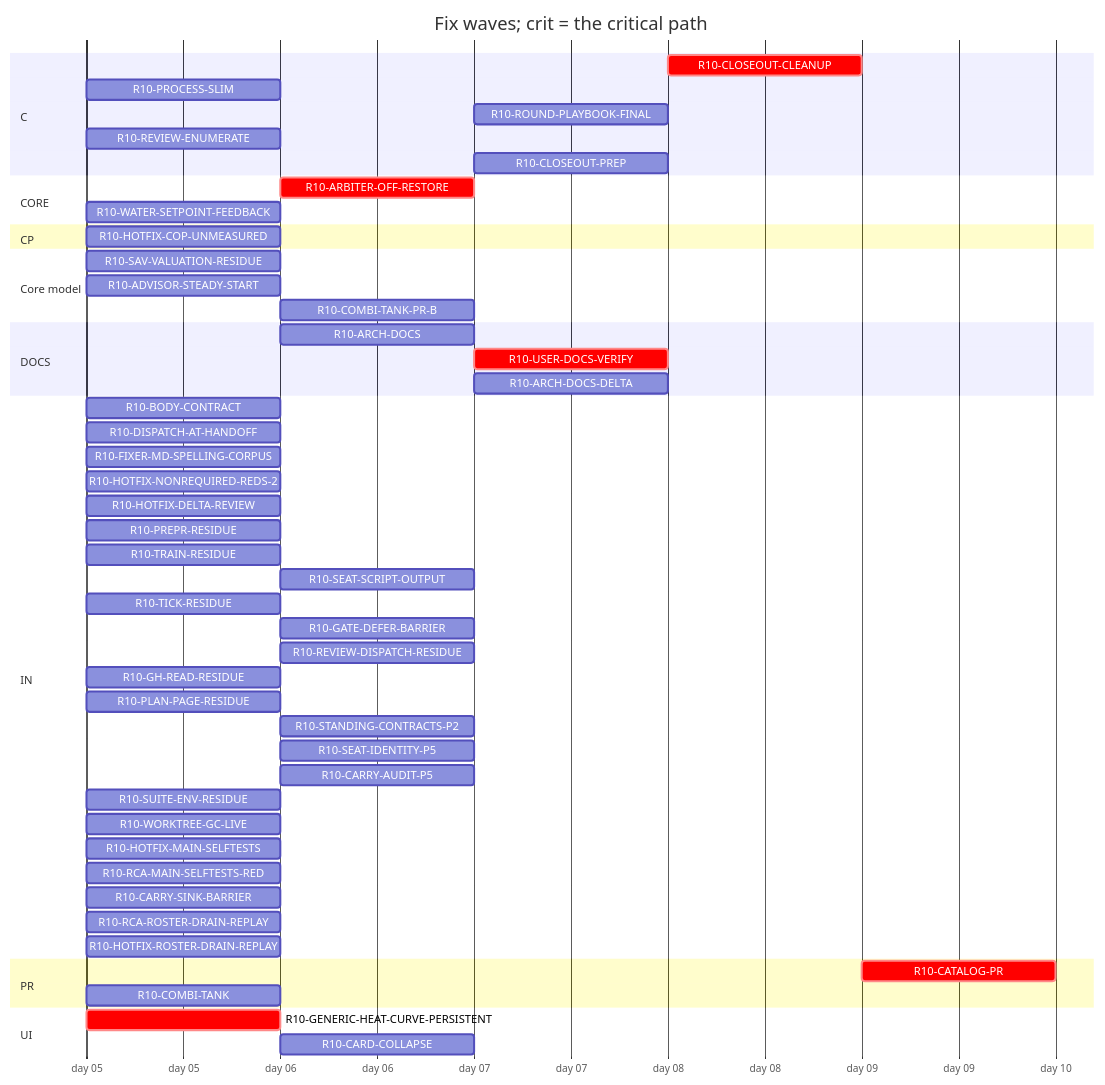
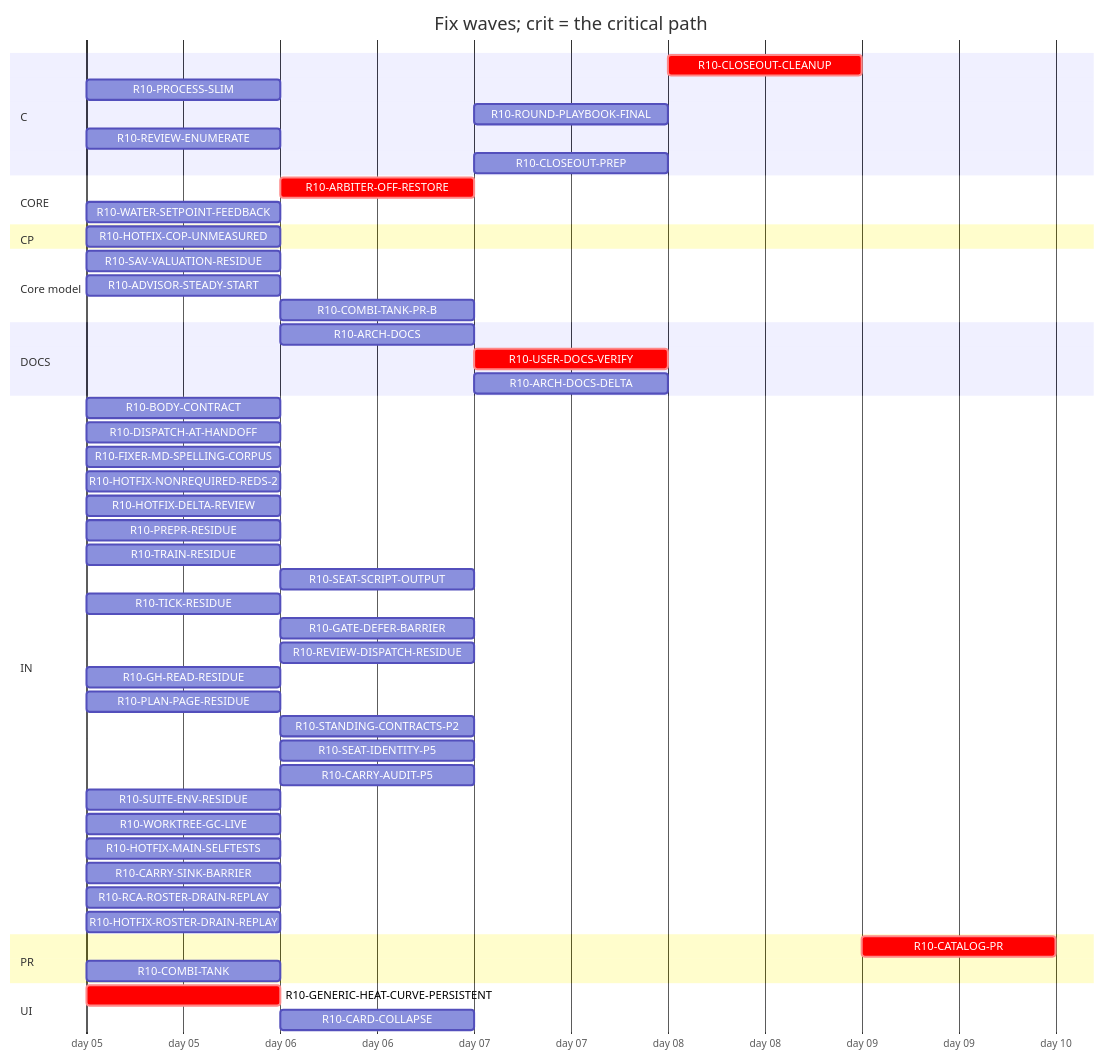
The diagram in handoff/round10/state/PLAN-TABLE.md (tvofi/heatpump_optimizer), drawn with Mermaid before and after one commit. The commit also changed other lines of this file and 3 other files, not shown here.

Commit message:
state: FLOW-BOARD.md, NEXT-SESSION-PROMPT.md, PLAN-TABLE.md, RESUME-CURRENT.md regenerated (state_docs.py)

````diff
--- a/handoff/round10/state/PLAN-TABLE.md
+++ b/handoff/round10/state/PLAN-TABLE.md
@@ -21,55 +21,54 @@
 ```mermaid
 gantt
   title Fix waves; crit = the critical path
   dateFormat YYYY-MM-DD
   axisFormat day %d
   section C
     R10-CLOSEOUT-CLEANUP :crit, r10CLOSEOUTCLEANUP, after r10ARCHDOCS r10USERDOCSVERIFY r10ROUNDPLAYBOOKFINAL r10CLOSEOUTPREP r10ARCHDOCSDELTA, 1d
     R10-PROCESS-SLIM :r10PROCESSSLIM, 2026-01-05, 1d
     R10-ROUND-PLAYBOOK-FINAL :r10ROUNDPLAYBOOKFINAL, after r10DISPATCHATHANDOFF r10BODYCONTRACT r10PROCESSSLIM r10FIXERMDSPELLINGCORPUS r10PREPRRESIDUE r10SEATSCRIPTOUTPUT r10REVIEWDISPATCHRESIDUE r10CARRYAUDITP5 r10TICKRESIDUE r10SEATIDENTITYP5 r10STANDINGCONTRACTSP2 r10PLANPAGERESIDUE r10TRAINRESIDUE r10GHREADRESIDUE r10SUITEENVRESIDUE r10GATEDEFERBARRIER r10WORKTREEGCLIVE, 1d
     R10-REVIEW-ENUMERATE :r10REVIEWENUMERATE, 2026-01-05, 1d
     R10-CLOSEOUT-PREP :r10CLOSEOUTPREP, after r10ARCHDOCS r10DISPATCHATHANDOFF r10BODYCONTRACT r10PROCESSSLIM r10FIXERMDSPELLINGCORPUS r10PREPRRESIDUE r10SEATSCRIPTOUTPUT r10REVIEWDISPATCHRESIDUE r10CARRYAUDITP5 r10TICKRESIDUE r10SEATIDENTITYP5 r10STANDINGCONTRACTSP2 r10PLANPAGERESIDUE r10TRAINRESIDUE r10GHREADRESIDUE r10SUITEENVRESIDUE r10GATEDEFERBARRIER r10WORKTREEGCLIVE, 1d
   section CORE
     R10-ARBITER-OFF-RESTORE :crit, r10ARBITEROFFRESTORE, after r10GENERICHEATCURVEPERSISTENT r10WATERSETPOINTFEEDBACK, 1d
     R10-WATER-SETPOINT-FEEDBACK :r10WATERSETPOINTFEEDBACK, 2026-01-05, 1d
   section CP
     R10-HOTFIX-COP-UNMEASURED :r10HOTFIXCOPUNMEASURED, 2026-01-05, 1d
   section Core model
     R10-SAV-VALUATION-RESIDUE :r10SAVVALUATIONRESIDUE, 2026-01-05, 1d
     R10-ADVISOR-STEADY-START :r10ADVISORSTEADYSTART, 2026-01-05, 1d
     R10-COMBI-TANK-PR-B :r10COMBITANKPRB, after r10COMBITANK, 1d
   section DOCS
     R10-ARCH-DOCS :r10ARCHDOCS, after r10DISPATCHATHANDOFF r10BODYCONTRACT r10PROCESSSLIM, 1d
     R10-USER-DOCS-VERIFY :crit, r10USERDOCSVERIFY, after r10HOTFIXCOPUNMEASURED r10GENERICHEATCURVEPERSISTENT r10ARBITEROFFRESTORE r10COMBITANK, 1d
     R10-ARCH-DOCS-DELTA :r10ARCHDOCSDELTA, after r10ARCHDOCS r10HOTFIXCOPUNMEASURED r10GENERICHEATCURVEPERSISTENT r10ARBITEROFFRESTORE r10COMBITANK r10SAVVALUATIONRESIDUE r10ADVISORSTEADYSTART r10COMBITANKPRB, 1d
   section IN
     R10-BODY-CONTRACT :r10BODYCONTRACT, 2026-01-05, 1d
     R10-DISPATCH-AT-HANDOFF :r10DISPATCHATHANDOFF, 2026-01-05, 1d
     R10-FIXER-MD-SPELLING-CORPUS :r10FIXERMDSPELLINGCORPUS, 2026-01-05, 1d
     R10-HOTFIX-NONREQUIRED-REDS-2 :r10HOTFIXNONREQUIREDREDS2, 2026-01-05, 1d
     R10-HOTFIX-DELTA-REVIEW :r10HOTFIXDELTAREVIEW, 2026-01-05, 1d
     R10-PREPR-RESIDUE :r10PREPRRESIDUE, 2026-01-05, 1d
     R10-TRAIN-RESIDUE :r10TRAINRESIDUE, 2026-01-05, 1d
     R10-SEAT-SCRIPT-OUTPUT :r10SEATSCRIPTOUTPUT, after r10TRAINRESIDUE, 1d
     R10-TICK-RESIDUE :r10TICKRESIDUE, 2026-01-05, 1d
     R10-GATE-DEFER-BARRIER :r10GATEDEFERBARRIER, after r10TRAINRESIDUE r10TICKRESIDUE, 1d
     R10-REVIEW-DISPATCH-RESIDUE :r10REVIEWDISPATCHRESIDUE, after r10DISPATCHATHANDOFF r10REVIEWENUMERATE r10HOTFIXDELTAREVIEW r10PROCESSSLIM, 1d
     R10-GH-READ-RESIDUE :r10GHREADRESIDUE, 2026-01-05, 1d
     R10-PLAN-PAGE-RESIDUE :r10PLANPAGERESIDUE, 2026-01-05, 1d
     R10-STANDING-CONTRACTS-P2 :r10STANDINGCONTRACTSP2, after r10FIXERMDSPELLINGCORPUS, 1d
     R10-SEAT-IDENTITY-P5 :r10SEATIDENTITYP5, after r10TICKRESIDUE, 1d
     R10-CARRY-AUDIT-P5 :r10CARRYAUDITP5, after r10BODYCONTRACT, 1d
     R10-SUITE-ENV-RESIDUE :r10SUITEENVRESIDUE, 2026-01-05, 1d
     R10-WORKTREE-GC-LIVE :r10WORKTREEGCLIVE, 2026-01-05, 1d
     R10-HOTFIX-MAIN-SELFTESTS :r10HOTFIXMAINSELFTESTS, 2026-01-05, 1d
-    R10-RCA-MAIN-SELFTESTS-RED :r10RCAMAINSELFTESTSRED, 2026-01-05, 1d
     R10-CARRY-SINK-BARRIER :r10CARRYSINKBARRIER, 2026-01-05, 1d
     R10-RCA-ROSTER-DRAIN-REPLAY :r10RCAROSTERDRAINREPLAY, 2026-01-05, 1d
     R10-HOTFIX-ROSTER-DRAIN-REPLAY :r10HOTFIXROSTERDRAINREPLAY, 2026-01-05, 1d
   section PR
     R10-CATALOG-PR :crit, r10CATALOGPR, after r10USERDOCSVERIFY r10ARCHDOCS r10ROUNDPLAYBOOKFINAL r10CLOSEOUTCLEANUP r10CLOSEOUTPREP r10ARCHDOCSDELTA, 1d
     R10-COMBI-TANK :r10COMBITANK, 2026-01-05, 1d
   section UI
     R10-GENERIC-HEAT-CURVE-PERSISTENT :crit, r10GENERICHEATCURVEPERSISTENT, 2026-01-05, 1d
     R10-CARD-COLLAPSE :r10CARDCOLLAPSE, after r10HOTFIXCOPUNMEASURED, 1d
 ```
````
